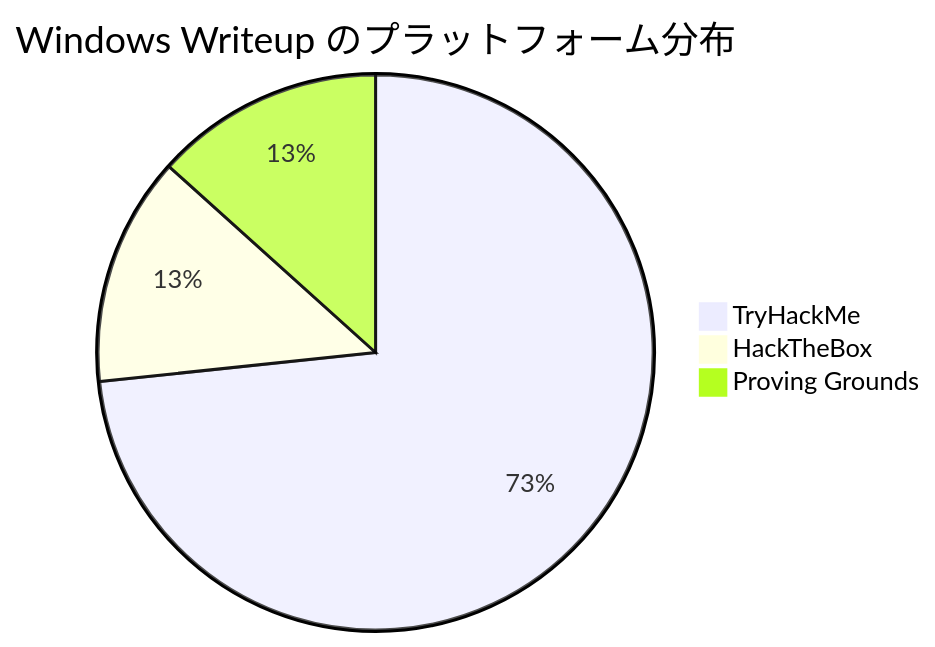
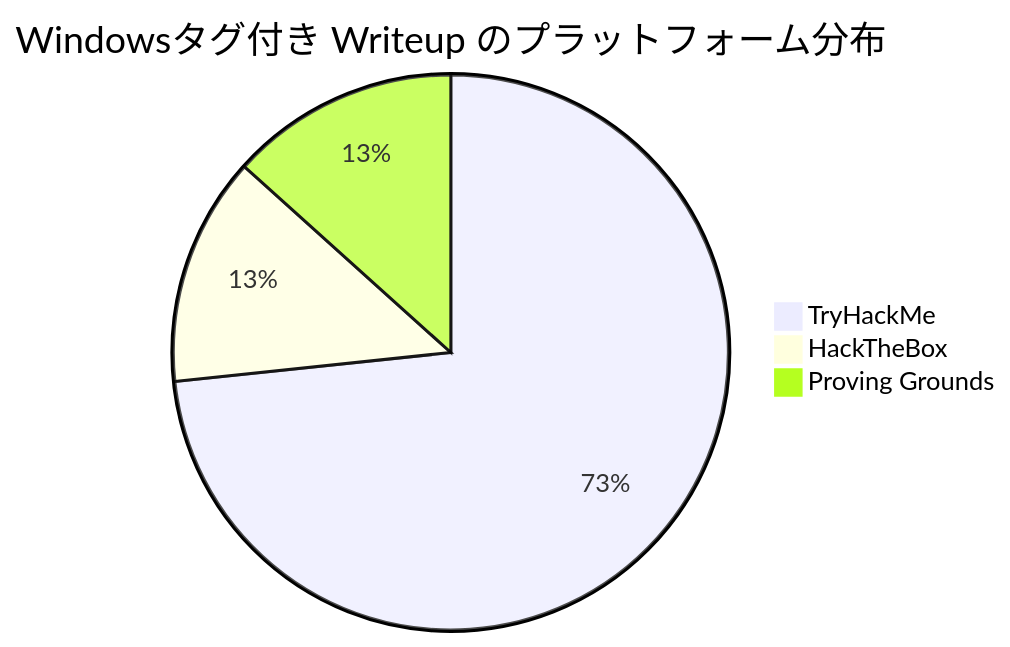
One commit to morimori-dev/morimori-dev.github.io changed the first of 7 diagrams in _posts/2026-03-06-tech-windows-privesc-summary-ja.md. Above: the diagram before and after it, drawn with Mermaid. The commit also changed other lines of this file and 1 other file, not shown here.

First line of the commit message:
Revise Windows privesc summary: full PG coverage + OSCP focus

````diff
--- a/_posts/2026-03-06-tech-windows-privesc-summary-ja.md
+++ b/_posts/2026-03-06-tech-windows-privesc-summary-ja.md
@@ -39,6 +41,6 @@
 ```mermaid
-pie title Windows Writeup のプラットフォーム分布
+pie title Windowsタグ付き Writeup のプラットフォーム分布
     "TryHackMe" : 44
     "HackTheBox" : 8
     "Proving Grounds" : 8
 ```
````
